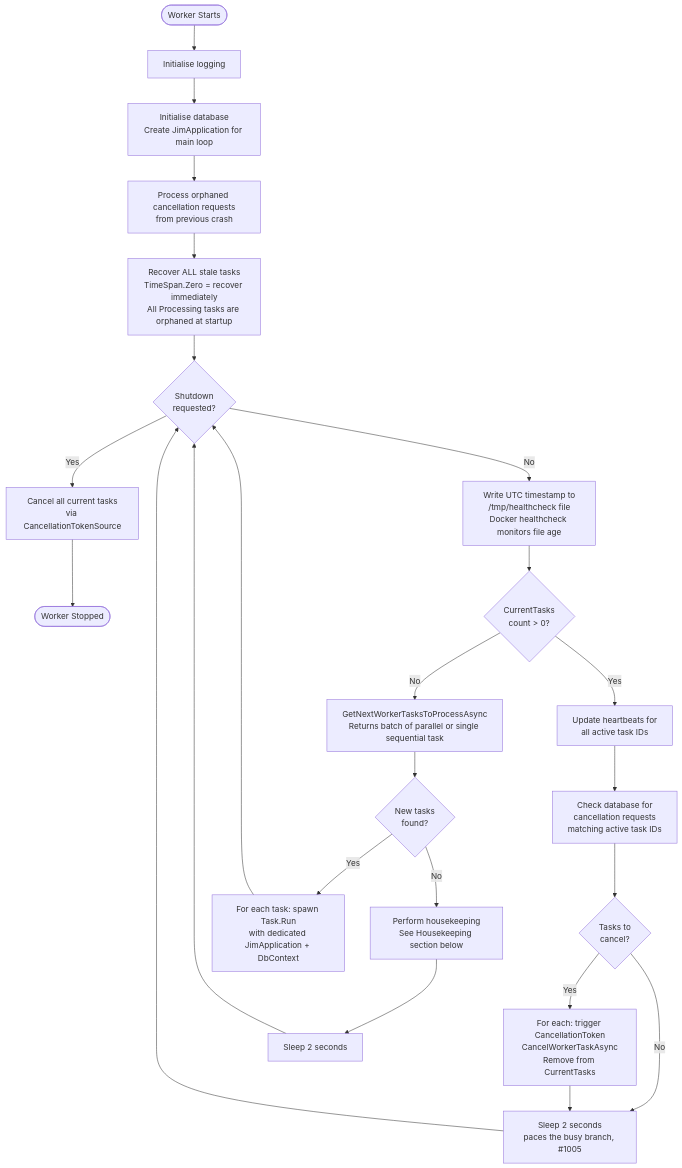
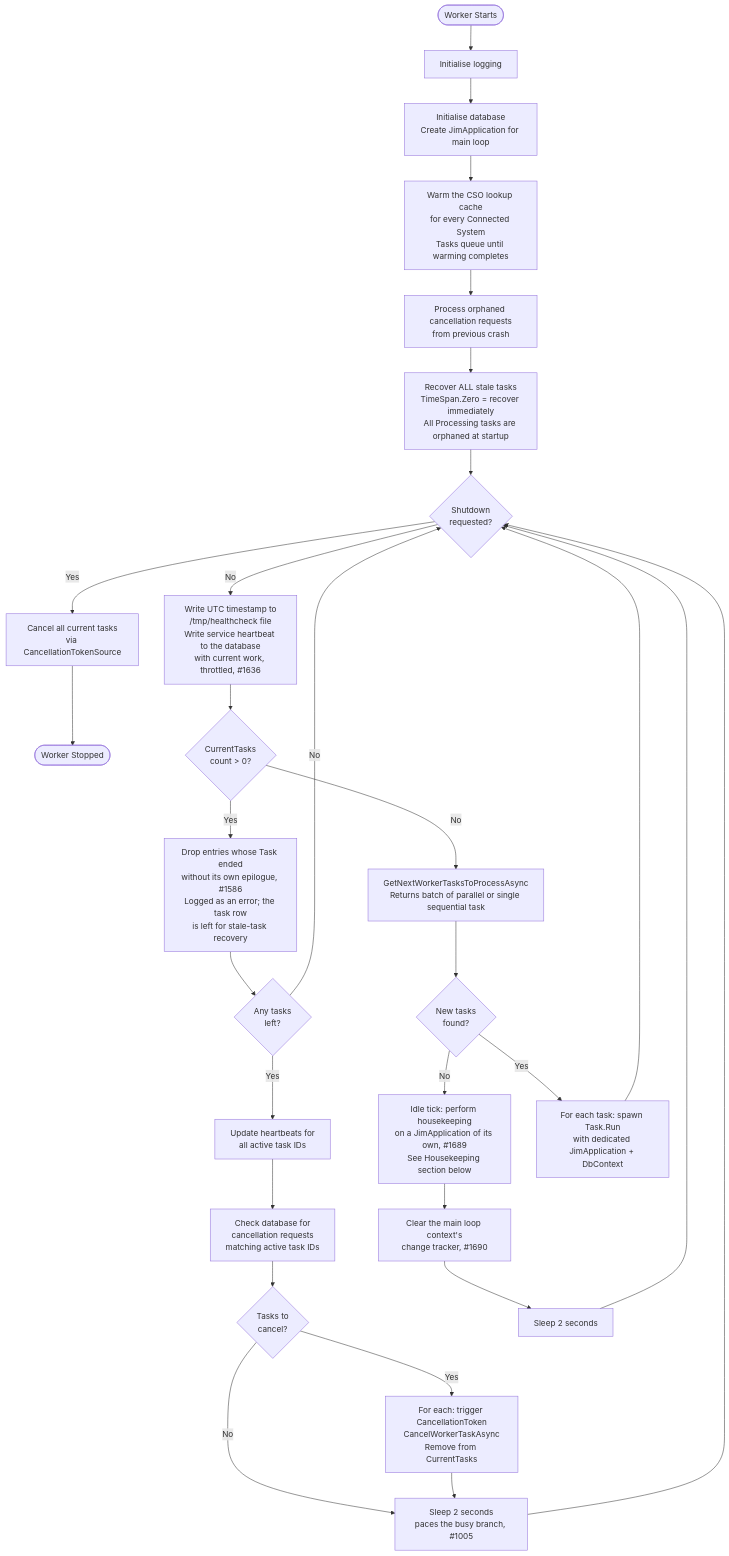
The first of 4 diagrams in docs/developer/diagrams/WORKER_TASK_LIFECYCLE.md (TetronIO/JIM), drawn with Mermaid before and after one commit. The commit also changed other lines of this file and 49 other files, not shown here.

Commit message:
docs: update documentation, diagrams and changelog for v0.15.0 release

````diff
--- a/docs/developer/diagrams/WORKER_TASK_LIFECYCLE.md
+++ b/docs/developer/diagrams/WORKER_TASK_LIFECYCLE.md
@@ -9,34 +9,39 @@
 ```mermaid
 flowchart TD
     Start([Worker Starts]) --> InitLog[Initialise logging]
     InitLog --> InitDb[Initialise database<br/>Create JimApplication for main loop]
+    InitDb --> WarmCache[Warm the CSO lookup cache<br/>for every Connected System<br/>Tasks queue until warming completes]
 
-    InitDb --> CancelOrphans[Process orphaned cancellation requests<br/>from previous crash]
+    WarmCache --> CancelOrphans[Process orphaned cancellation requests<br/>from previous crash]
     CancelOrphans --> RecoverStale[Recover ALL stale tasks<br/>TimeSpan.Zero = recover immediately<br/>All Processing tasks are orphaned at startup]
 
     RecoverStale --> MainLoop{Shutdown<br/>requested?}
     MainLoop -->|Yes| ShutdownCancel[Cancel all current tasks<br/>via CancellationTokenSource]
     ShutdownCancel --> End([Worker Stopped])
 
-    MainLoop -->|No| TouchHealth[Write UTC timestamp to<br/>/tmp/healthcheck file<br/>Docker healthcheck monitors file age]
+    MainLoop -->|No| TouchHealth[Write UTC timestamp to<br/>/tmp/healthcheck file<br/>Write service heartbeat to the database<br/>with current work, throttled, #1636]
     TouchHealth --> HasTasks{CurrentTasks<br/>count > 0?}
 
-    %% --- Active tasks: heartbeat + cancellation ---
-    HasTasks -->|Yes| Heartbeat[Update heartbeats for<br/>all active task IDs]
+    %% --- Active tasks: defunct sweep, heartbeat + cancellation ---
+    HasTasks -->|Yes| SweepDefunct[Drop entries whose Task ended<br/>without its own epilogue, #1586<br/>Logged as an error; the task row<br/>is left for stale-task recovery]
+    SweepDefunct --> StillActive{Any tasks<br/>left?}
+    StillActive -->|No| MainLoop
+    StillActive -->|Yes| Heartbeat[Update heartbeats for<br/>all active task IDs]
     Heartbeat --> CheckCancel[Check database for<br/>cancellation requests<br/>matching active task IDs]
     CheckCancel --> AnyCancel{Tasks to<br/>cancel?}
     AnyCancel -->|Yes| DoCancel[For each: trigger CancellationToken<br/>CancelWorkerTaskAsync<br/>Remove from CurrentTasks]
     AnyCancel -->|No| BusySleep
     DoCancel --> BusySleep[Sleep 2 seconds<br/>paces the busy branch, #1005]
     BusySleep --> MainLoop
 
     %% --- No active tasks: poll for new work ---
     HasTasks -->|No| PollQueue[GetNextWorkerTasksToProcessAsync<br/>Returns batch of parallel or single sequential task]
     PollQueue --> HasNew{New tasks<br/>found?}
-    HasNew -->|No| Housekeeping[Perform housekeeping<br/>See Housekeeping section below]
-    Housekeeping --> Sleep[Sleep 2 seconds]
+    HasNew -->|No| Housekeeping[Idle tick: perform housekeeping<br/>on a JimApplication of its own, #1689<br/>See Housekeeping section below]
+    Housekeeping --> ClearTracker[Clear the main loop context's<br/>change tracker, #1690]
+    ClearTracker --> Sleep[Sleep 2 seconds]
     Sleep --> MainLoop
 
     HasNew -->|Yes| Dispatch[For each task: spawn Task.Run<br/>with dedicated JimApplication + DbContext]
     Dispatch --> MainLoop
 ```
````
